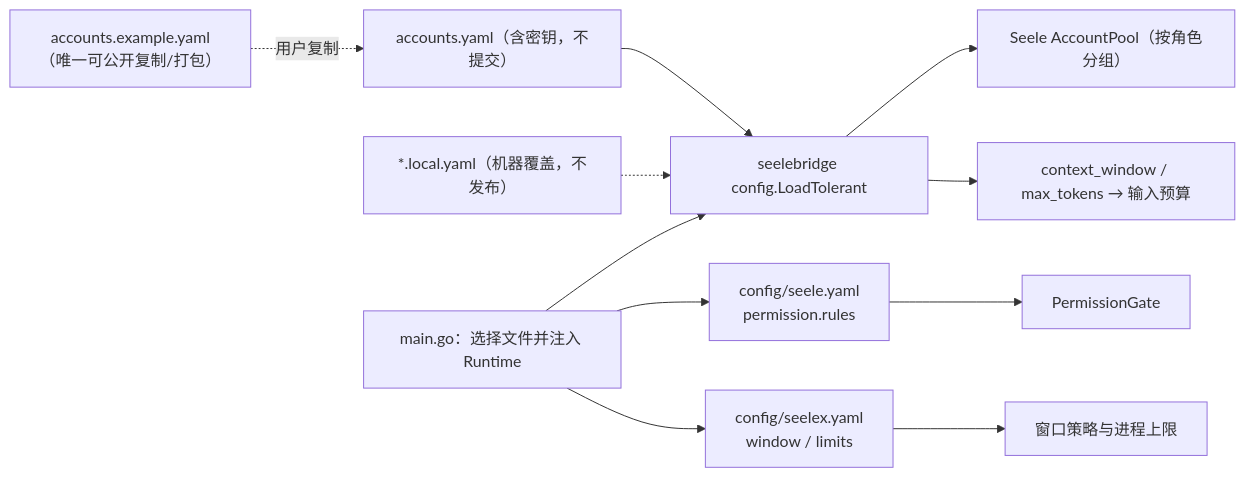
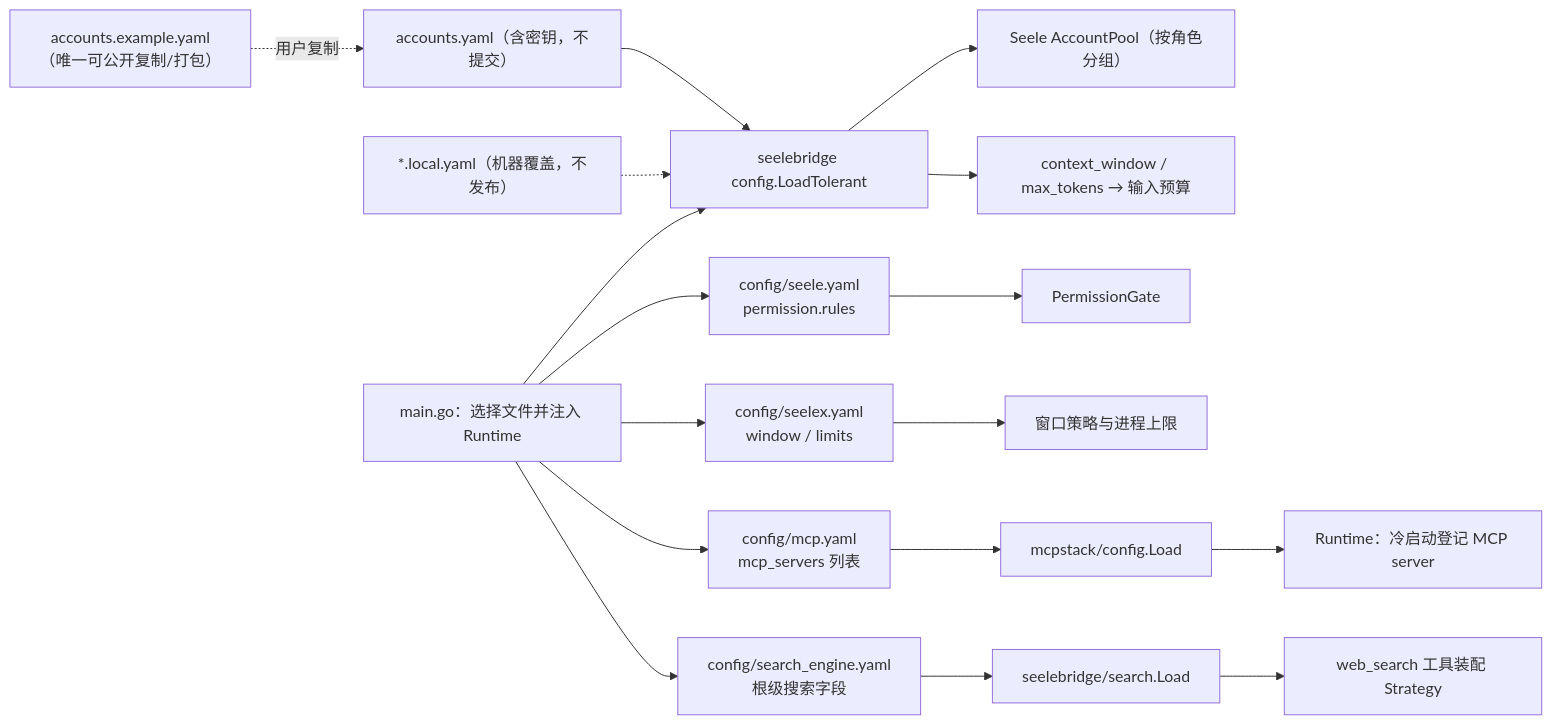
Before and after one commit to RedHuang-0622/seelex: the diagram in config/README.md, drawn with Mermaid. The commit also changed other lines of this file and 53 other files, not shown here.

````diff
--- a/config/README.md
+++ b/config/README.md
@@ -11,13 +19,19 @@
 ```mermaid
 flowchart LR
     TPL["accounts.example.yaml<br/>（唯一可公开复制/打包）"] -.->|用户复制| LOCAL["accounts.yaml（含密钥，不提交）"]
     LOCAL --> LOAD["seelebridge config.LoadTolerant"]
     LOCALOVR["*.local.yaml（机器覆盖，不发布）"] -.-> LOAD
     LOAD --> POOL["Seele AccountPool（按角色分组）"]
     LOAD --> BUDGET["context_window / max_tokens → 输入预算"]
     SEELE["config/seele.yaml<br/>permission.rules"] --> GATE["PermissionGate"]
     SEELEX["config/seelex.yaml<br/>window / limits"] --> WIN["窗口策略与进程上限"]
     ROOT["main.go：选择文件并注入 Runtime"] --> LOAD
     ROOT --> SEELE
     ROOT --> SEELEX
+    MCP["config/mcp.yaml<br/>mcp_servers 列表"] --> MCPLOAD["mcpstack/config.Load"]
+    MCPLOAD --> LAZY["Runtime：冷启动登记 MCP server"]
+    SEARCH["config/search_engine.yaml<br/>根级搜索字段"] --> SEARCHLOAD["seelebridge/search.Load"]
+    SEARCHLOAD --> WEBSEARCH["web_search 工具装配 Strategy"]
+    ROOT --> MCP
+    ROOT --> SEARCH
 ```
````
